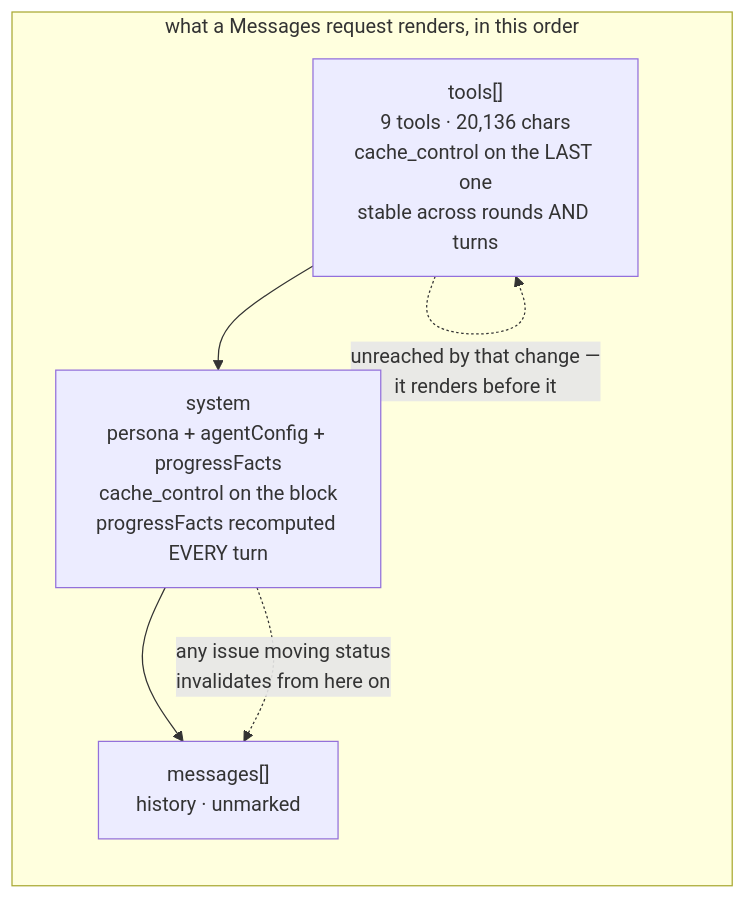
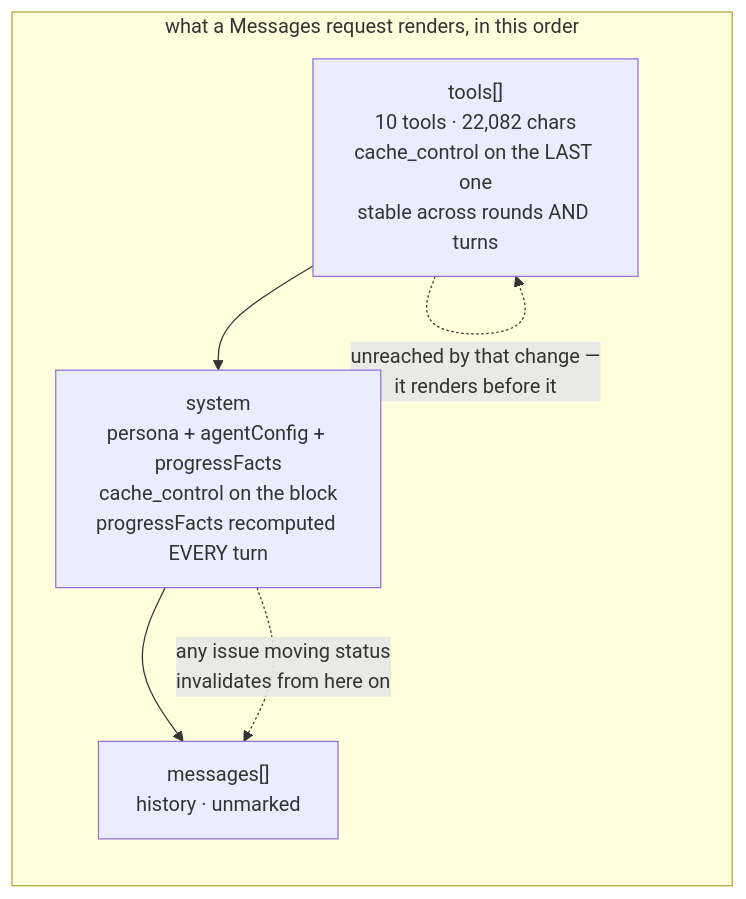
The diagram in docs/modules/agent-execution/tool-catalog-cost.md (SidCorp-co/forge), drawn with Mermaid before and after one commit. The commit also changed other lines of this file and 9 other files, not shown here.

````diff
--- a/docs/modules/agent-execution/tool-catalog-cost.md
+++ b/docs/modules/agent-execution/tool-catalog-cost.md
@@ -19,11 +22,11 @@
 ```mermaid
 flowchart LR
   subgraph PREFIX["what a Messages request renders, in this order"]
-    T["tools[]<br/>9 tools · 20,136 chars<br/>cache_control on the LAST one<br/>stable across rounds AND turns"]
+    T["tools[]<br/>10 tools · 22,082 chars<br/>cache_control on the LAST one<br/>stable across rounds AND turns"]
     S["system<br/>persona + agentConfig + progressFacts<br/>cache_control on the block<br/>progressFacts recomputed EVERY turn"]
     M["messages[]<br/>history · unmarked"]
   end
   T --> S --> M
   S -. "any issue moving status<br/>invalidates from here on" .-> M
   T -. "unreached by that change —<br/>it renders before it" .-> T
 ```
````
